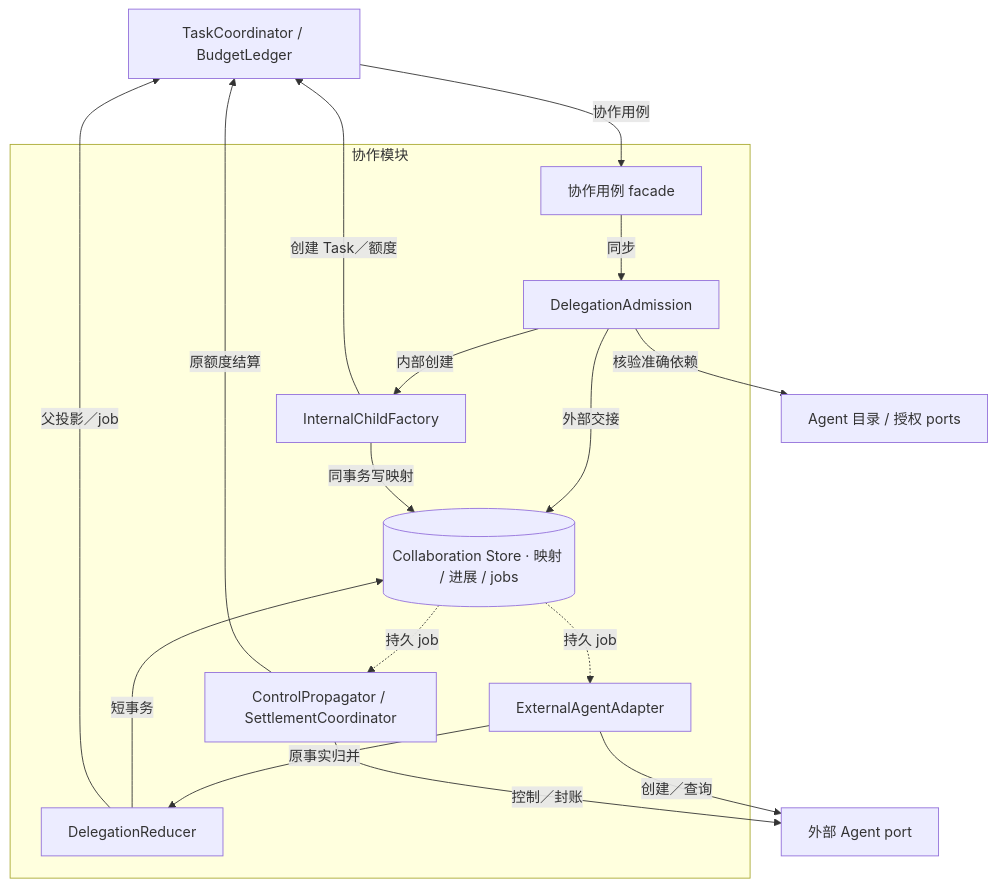
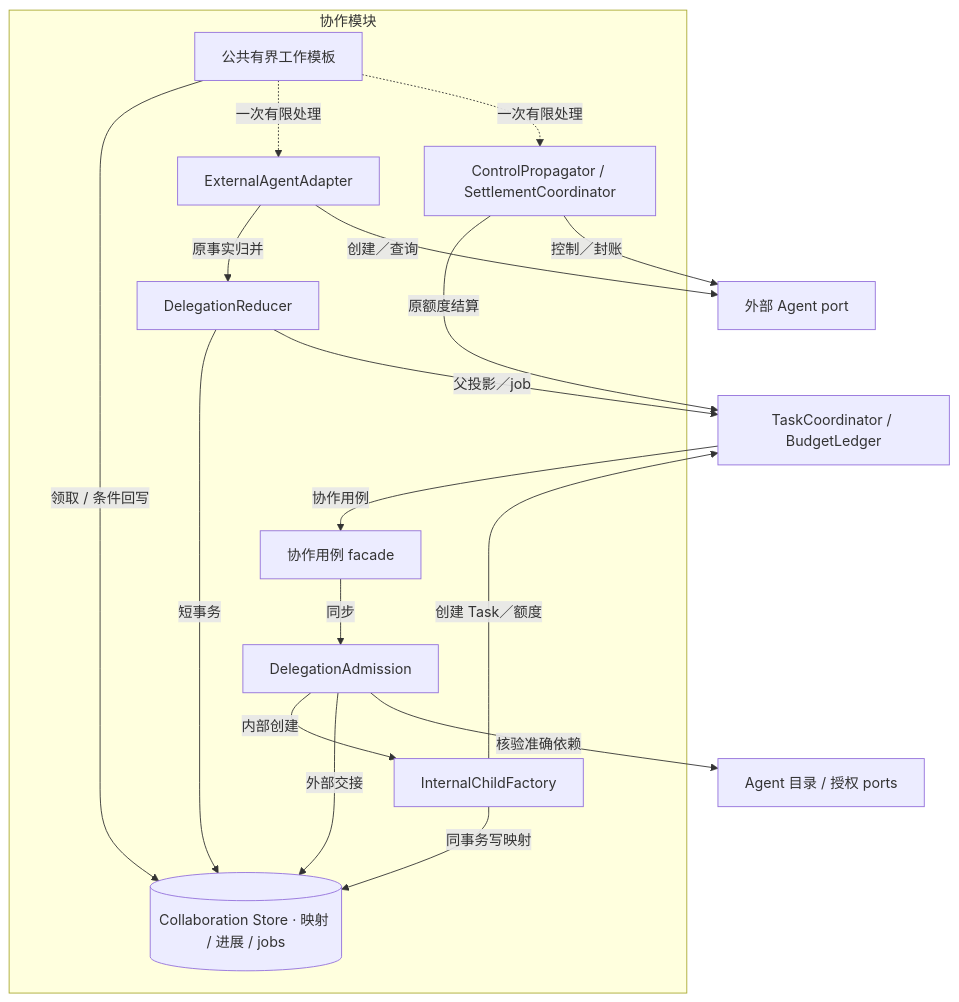
One commit to ruipengliu/lerna changed the first of 4 diagrams in docs/architecture/collaboration/implementation.md. Above: the diagram before and after it, drawn with Mermaid. The commit also changed other lines of this file and 149 other files, not shown here.

Commit message:
docs: define reliable-work architecture and scenarios

````diff
--- a/docs/architecture/collaboration/implementation.md
+++ b/docs/architecture/collaboration/implementation.md
@@ -15,20 +15,21 @@
 ```mermaid
 flowchart TB
     P[TaskCoordinator / BudgetLedger] -->|协作用例| I
     subgraph CO[协作模块]
       I[协作用例 facade] -->|同步| D[DelegationAdmission]
       D -->|内部创建| C[InternalChildFactory]
       D -->|外部交接| L[(Collaboration Store · 映射 / 进展 / jobs)]
       C -->|同事务写映射| L
-      L -.->|持久 job| A[ExternalAgentAdapter]
+      J[公共有界工作模板] -->|领取 / 条件回写| L
+      J -.->|一次有限处理| A[ExternalAgentAdapter]
       A -->|原事实归并| F[DelegationReducer]
       F -->|短事务| L
-      L -.->|持久 job| S[ControlPropagator / SettlementCoordinator]
+      J -.->|一次有限处理| S[ControlPropagator / SettlementCoordinator]
     end
     D -->|核验准确依赖| K[Agent 目录 / 授权 ports]
     C -->|创建 Task／额度| P
     F -->|父投影／job| P
     S -->|原额度结算| P
     A -->|创建／查询| X[外部 Agent port]
     S -->|控制／封账| X
 ```
````
